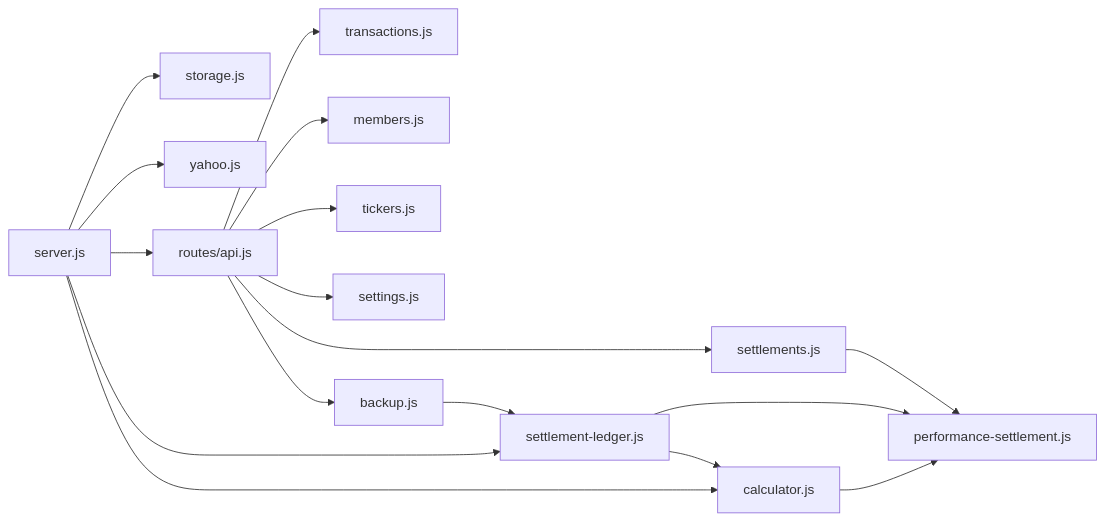
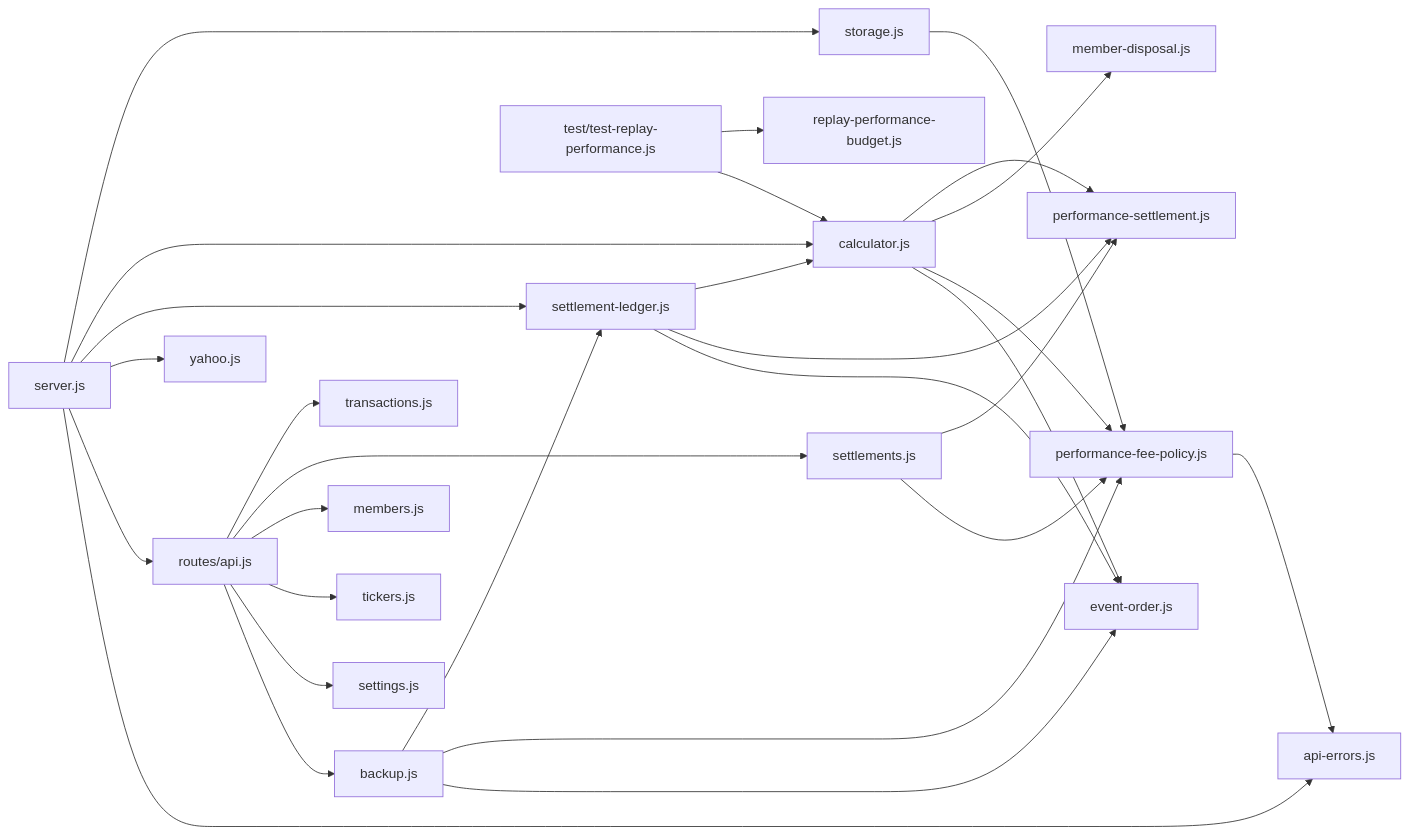
One commit to kamen-exaid/family-fund-manager changed the sixth of 7 diagrams in ARCHITECTURE.md. Above: the diagram before and after it, drawn with Mermaid. The commit also changed other lines of this file and 19 other files, not shown here.

Commit message:
fix: harden GP invariants and API errors

````diff
--- a/ARCHITECTURE.md
+++ b/ARCHITECTURE.md
@@ -203,21 +215,34 @@
 ```mermaid
 graph LR
     SERVER["server.js"] --> STORAGE["storage.js"]
     SERVER --> CALC["calculator.js"]
     SERVER --> SETTLE_L["settlement-ledger.js"]
     SERVER --> YAHOO["yahoo.js"]
     SERVER --> R_API["routes/api.js"]
 
     R_API --> R_TX["transactions.js"]
     R_API --> R_SET["settlements.js"]
     R_API --> R_MEM["members.js"]
     R_API --> R_TK["tickers.js"]
     R_API --> R_STG["settings.js"]
     R_API --> R_BK["backup.js"]
 
     CALC --> PERF["performance-settlement.js"]
+    CALC --> DISPOSAL["member-disposal.js"]
+    CALC --> POLICY["performance-fee-policy.js"]
+    CALC --> ORDER["event-order.js"]
+    STORAGE --> POLICY
+    POLICY --> ERRORS["api-errors.js"]
     SETTLE_L --> CALC
     SETTLE_L --> PERF
+    SETTLE_L --> ORDER
+    SERVER --> ERRORS
     R_BK --> SETTLE_L
+    R_BK --> POLICY
+    R_BK --> ORDER
     R_SET --> PERF
+    R_SET --> POLICY
+
+    TEST_PERF["test/test-replay-performance.js"] --> BUDGET["replay-performance-budget.js"]
+    TEST_PERF --> CALC
 ```
````
